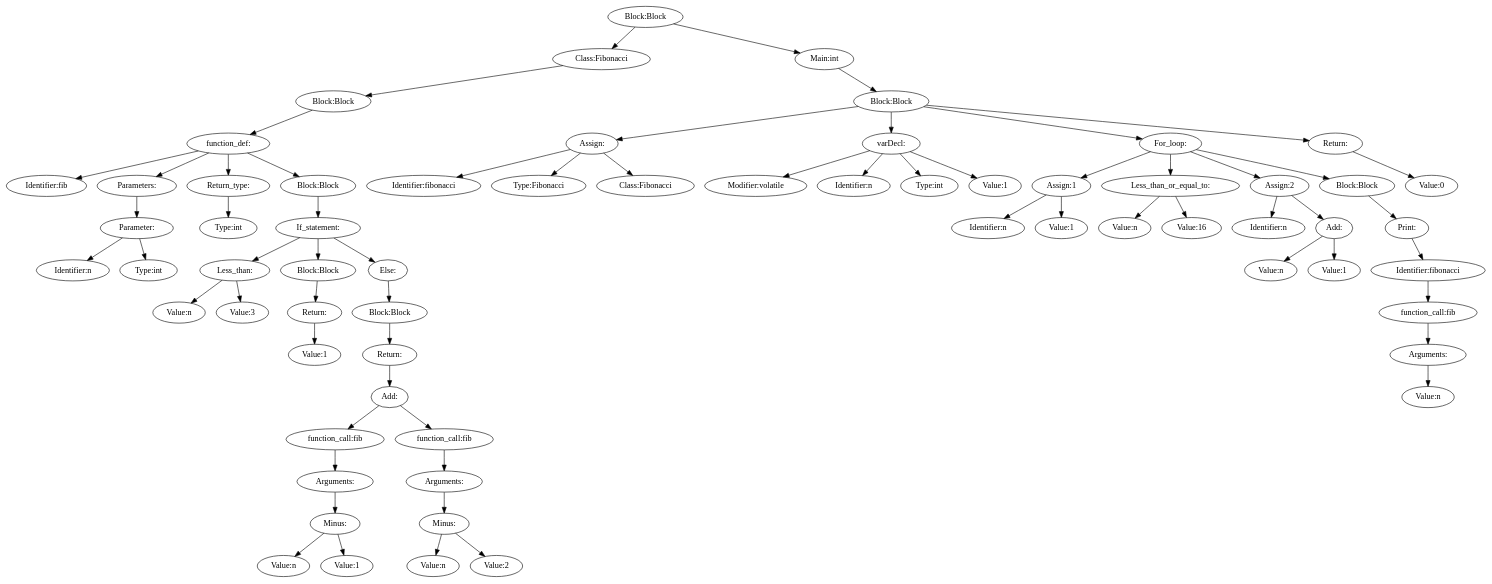
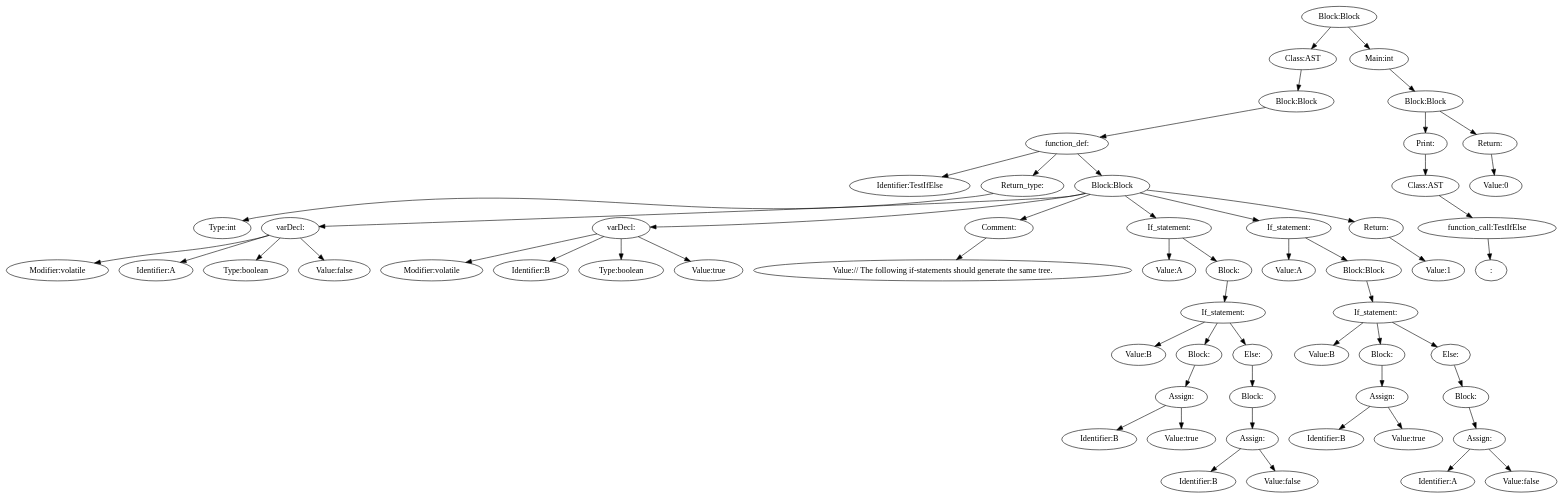
The diagram in tree.dot (Elfving2/compiler_design_lab_1), drawn with Graphviz before and after one commit. The commit also changed 8 other files, not shown here.

```diff
--- a/tree.dot
+++ b/tree.dot
@@ -1,129 +1,117 @@
 digraph {
 n0 [label="Block:Block"];
-n1 [label="Class:Fibonacci"];
+n1 [label="Class:AST"];
 n2 [label="Block:Block"];
 n3 [label="function_def:"];
-n4 [label="Identifier:fib"];
+n4 [label="Identifier:TestIfElse"];
 n3 -> n4
-n5 [label="Parameters:"];
-n6 [label="Parameter:"];
-n7 [label="Identifier:n"];
-n6 -> n7
-n8 [label="Type:int"];
-n6 -> n8
+n5 [label="Return_type:"];
+n6 [label="Type:int"];
 n5 -> n6
 n3 -> n5
-n9 [label="Return_type:"];
-n10 [label="Type:int"];
-n9 -> n10
-n3 -> n9
-n11 [label="Block:Block"];
-n12 [label="If_statement:"];
-n13 [label="Less_than:"];
-n14 [label="Value:n"];
+n7 [label="Block:Block"];
+n8 [label="varDecl:"];
+n9 [label="Modifier:volatile"];
+n8 -> n9
+n10 [label="Identifier:A"];
+n8 -> n10
+n11 [label="Type:boolean"];
+n8 -> n11
+n12 [label="Value:false"];
+n8 -> n12
+n7 -> n8
+n13 [label="varDecl:"];
+n14 [label="Modifier:volatile"];
 n13 -> n14
-n15 [label="Value:3"];
+n15 [label="Identifier:B"];
 n13 -> n15
-n12 -> n13
-n16 [label="Block:Block"];
-n17 [label="Return:"];
-n18 [label="Value:1"];
-n17 -> n18
-n16 -> n17
-n12 -> n16
-n19 [label="Else:"];
-n20 [label="Block:Block"];
-n21 [label="Return:"];
-n22 [label="Add:"];
-n23 [label="function_call:fib"];
-n24 [label="Arguments:"];
-n25 [label="Minus:"];
-n26 [label="Value:n"];
+n16 [label="Type:boolean"];
+n13 -> n16
+n17 [label="Value:true"];
+n13 -> n17
+n7 -> n13
+n18 [label="Comment:"];
+n19 [label="Value:// The following if-statements should generate the same tree."];
+n18 -> n19
+n7 -> n18
+n20 [label="If_statement:"];
+n21 [label="Value:A"];
+n20 -> n21
+n22 [label="Block:"];
+n23 [label="If_statement:"];
+n24 [label="Value:B"];
+n23 -> n24
+n25 [label="Block:"];
+n26 [label="Assign:"];
+n27 [label="Identifier:B"];
+n26 -> n27
+n28 [label="Value:true"];
+n26 -> n28
 n25 -> n26
-n27 [label="Value:1"];
-n25 -> n27
-n24 -> n25
-n23 -> n24
+n23 -> n25
+n29 [label="Else:"];
+n30 [label="Block:"];
+n31 [label="Assign:"];
+n32 [label="Identifier:B"];
+n31 -> n32
+n33 [label="Value:false"];
+n31 -> n33
+n30 -> n31
+n29 -> n30
+n23 -> n29
 n22 -> n23
-n28 [label="function_call:fib"];
-n29 [label="Arguments:"];
-n30 [label="Minus:"];
-n31 [label="Value:n"];
-n30 -> n31
-n32 [label="Value:2"];
-n30 -> n32
-n29 -> n30
-n28 -> n29
-n22 -> n28
-n21 -> n22
-n20 -> n21
-n19 -> n20
-n12 -> n19
-n11 -> n12
-n3 -> n11
+n20 -> n22
+n7 -> n20
+n34 [label="If_statement:"];
+n35 [label="Value:A"];
+n34 -> n35
+n36 [label="Block:Block"];
+n37 [label="If_statement:"];
+n38 [label="Value:B"];
+n37 -> n38
+n39 [label="Block:"];
+n40 [label="Assign:"];
+n41 [label="Identifier:B"];
+n40 -> n41
+n42 [label="Value:true"];
+n40 -> n42
+n39 -> n40
+n37 -> n39
+n43 [label="Else:"];
+n44 [label="Block:"];
+n45 [label="Assign:"];
+n46 [label="Identifier:A"];
+n45 -> n46
+n47 [label="Value:false"];
+n45 -> n47
+n44 -> n45
+n43 -> n44
+n37 -> n43
+n36 -> n37
+n34 -> n36
+n7 -> n34
+n48 [label="Return:"];
+n49 [label="Value:1"];
+n48 -> n49
+n7 -> n48
+n3 -> n7
 n2 -> n3
 n1 -> n2
 n0 -> n1
-n33 [label="Main:int"];
-n34 [label="Block:Block"];
-n35 [label="Assign:"];
-n36 [label="Identifier:fibonacci"];
-n35 -> n36
-n37 [label="Type:Fibonacci"];
-n35 -> n37
-n38 [label="Class:Fibonacci"];
-n35 -> n38
-n34 -> n35
-n39 [label="varDecl:"];
-n40 [label="Modifier:volatile"];
-n39 -> n40
-n41 [label="Identifier:n"];
-n39 -> n41
-n42 [label="Type:int"];
-n39 -> n42
-n43 [label="Value:1"];
-n39 -> n43
-n34 -> n39
-n44 [label="For_loop:"];
-n45 [label="Assign:1"];
-n46 [label="Identifier:n"];
-n45 -> n46
-n47 [label="Value:1"];
-n45 -> n47
-n44 -> n45
-n48 [label="Less_than_or_equal_to:"];
-n49 [label="Value:n"];
-n48 -> n49
-n50 [label="Value:16"];
-n48 -> n50
-n44 -> n48
-n51 [label="Assign:2"];
-n52 [label="Identifier:n"];
+n50 [label="Main:int"];
+n51 [label="Block:Block"];
+n52 [label="Print:"];
+n53 [label="Class:AST"];
+n54 [label="function_call:TestIfElse"];
+n55 [label=":"];
+n54 -> n55
+n53 -> n54
+n52 -> n53
 n51 -> n52
-n53 [label="Add:"];
-n54 [label="Value:n"];
-n53 -> n54
-n55 [label="Value:1"];
-n53 -> n55
-n51 -> n53
-n44 -> n51
-n56 [label="Block:Block"];
-n57 [label="Print:"];
-n58 [label="Identifier:fibonacci"];
-n59 [label="function_call:fib"];
-n60 [label="Arguments:"];
-n61 [label="Value:n"];
-n60 -> n61
-n59 -> n60
-n58 -> n59
-n57 -> n58
+n56 [label="Return:"];
+n57 [label="Value:0"];
 n56 -> n57
-n44 -> n56
-n34 -> n44
-n62 [label="Return:"];
-n63 [label="Value:0"];
-n62 -> n63
-n34 -> n62
-n33 -> n34
-n0 -> n33
+n51 -> n56
+n50 -> n51
+n0 -> n50
 }
```
